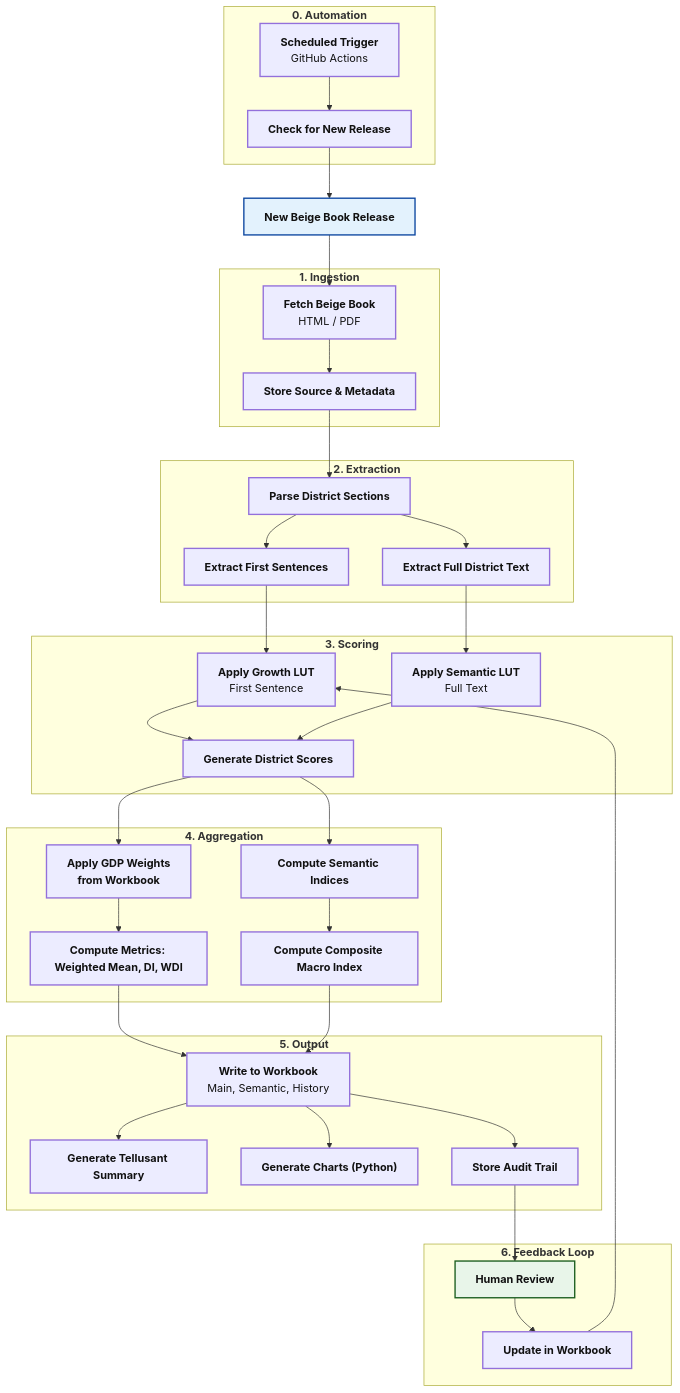
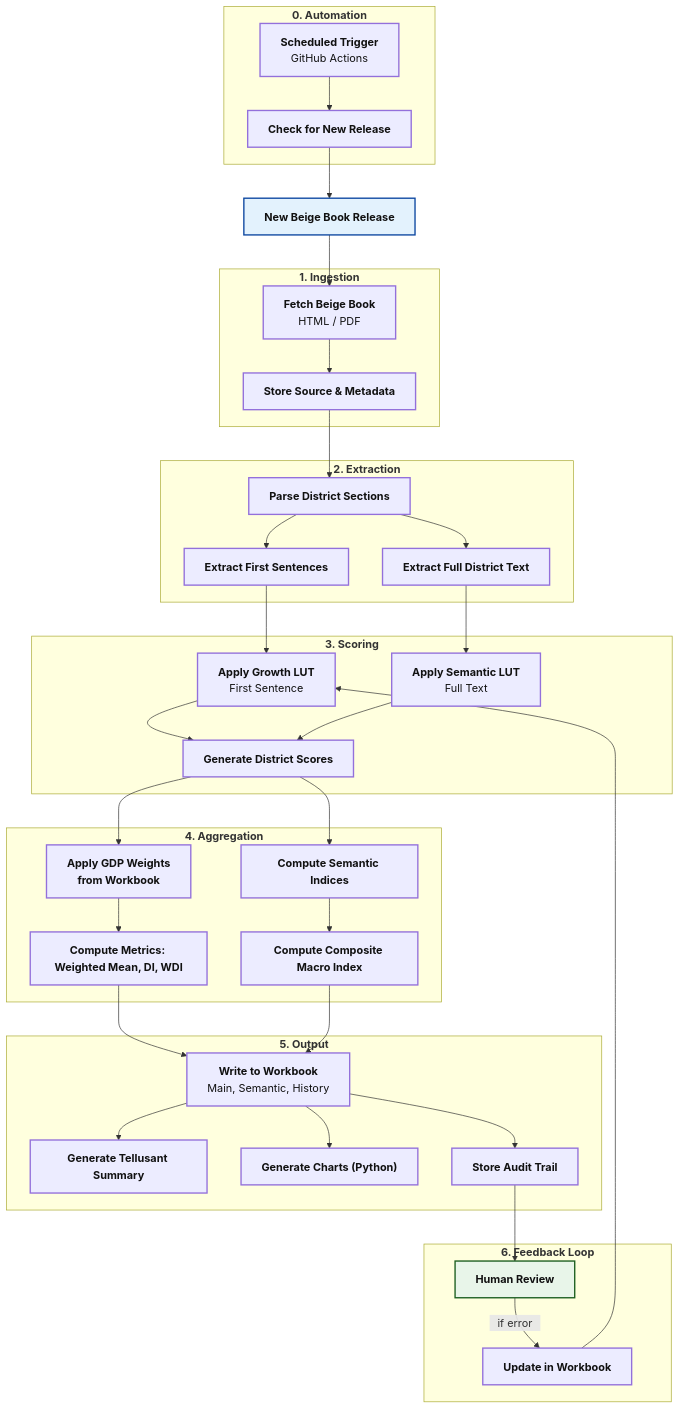
One commit to scanback/docs changed the diagram in articles-posts/fedora.md. Above: the diagram before and after it, drawn with Mermaid.

```diff
--- a/articles-posts/fedora.md
+++ b/articles-posts/fedora.md
@@ -9,73 +9,73 @@
 <div class="mermaid">
 
 %%{init: {'themeVariables': { 'fontFamily': 'Arial'}}}%%
 
 flowchart TD
 
     A["`**New Beige Book Release**`"]:::blue
 
     subgraph S1["`**1. Ingestion**`"]
         B["`**Fetch Beige Book**<br/>HTML / PDF`"]:::base
         C["`**Store Source & Metadata**`"]:::base
     end
 
     subgraph S2["`**2. Extraction**`"]
         D["`**Parse District Sections**`"]:::base
         E["`**Extract First Sentences**`"]:::base
         F["`**Extract Full District Text**`"]:::base
     end
 
     subgraph S3["`**3. Scoring**`"]
         G["`**Apply Growth LUT**<br/>First Sentence`"]:::base
         H["`**Apply Semantic LUT**<br/>Full Text`"]:::base
         I["`**Generate District Scores**`"]:::base
     end
 
     subgraph S4["`**4. Aggregation**`"]
         J["`**Apply GDP Weights<br/>from Workbook**`"]:::base
         K["`**Compute Metrics: Weighted Mean, DI, WDI**`"]:::base
         L["`**Compute Semantic Indices**`"]:::base
         M["`**Compute Composite Macro Index**`"]:::base
     end
 
     subgraph S5["`**5. Output**`"]
         N["`**Write to Workbook**<br/>Main, Semantic, History`"]:::base
         O["`**Generate Tellusant Summary**`"]:::base
         P["`**Generate Charts (Python)**`"]:::base
         Q["`**Store Audit Trail**`"]:::base
     end
 
     subgraph S6["`**0. Automation**`"]
         R["`**Scheduled Trigger**<br/>GitHub Actions`"]:::base
         S["`**Check for New Release**`"]:::base
     end
 
     subgraph S7["`**6. Feedback Loop**`"]
         T["`**Human Review**`"]:::green
         U["`**Update in Workbook**`"]:::base
     end
 
     R --> S --> A
     A --> B --> C --> D --> E
     D --> F
     E --> G --> I
     F --> H --> I
     I --> J --> K
     I --> L --> M
     K --> N
     M --> N
     N --> O
     N --> P
     N --> Q
-    Q --> T --> U --> G
+    Q --> T -->|⠀if error⠀| U --> G
 
 %% ========= STYLES =========
 classDef green   fill:#E8F5E9,stroke:#1B5E20,stroke-width:2px,color:#111;
 classDef blue    fill:#E3F2FD,stroke:#0D47A1,stroke-width:2px,color:#111;
 classDef orange  fill:#FFF8E1,stroke:#FF6F00,stroke-width:2px,color:#111;
 classDef red     fill:#FDECEA,stroke:#B71C1C,stroke-width:2px,color:#111;
 classDef grey    fill:#F5F5F5,stroke:#424242,stroke-width:2px,color:#111;
 classDef base    fill:#ECECFF,stroke:#9370DB,stroke-width:2px,color:#111;
 classDef clear   fill:transparent,stroke:transparent;
 
     </div>
```
